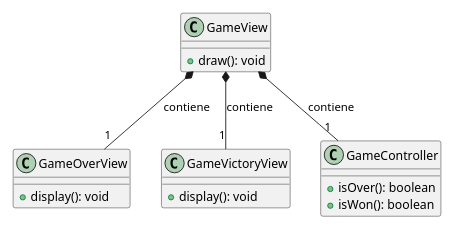
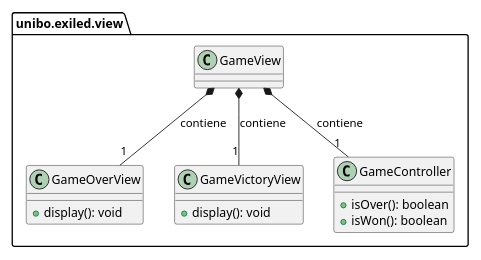
One commit to unibo-oop-projects/OOP23-Baldoni-Beylax-Casadei-MarcoMagnani03-Pazzaglia-exiled changed the diagram in docs/victory_gameover/the-exiled-victory_gameover-uml.puml. Above: the diagram before and after it, drawn with PlantUML. The commit also changed 4 other files, not shown here.

```diff
--- a/docs/victory_gameover/the-exiled-victory_gameover-uml.puml
+++ b/docs/victory_gameover/the-exiled-victory_gameover-uml.puml
@@ -1,25 +1,29 @@
 @startuml
 scale 0.7
-class GameView {
-  + draw(): void
-}
+set separator none
+package unibo.exiled.view
+{
+  class GameView {
+    
+  }
+  
+  class GameOverView {
+    + display(): void
+  }
+  
+  class GameVictoryView {
+    + display(): void
+  }
+  
+  
+  class GameController {
+    + isOver(): boolean
+    + isWon(): boolean
+  }
 
-class GameOverView {
-  + display(): void
-}
-
-class GameVictoryView {
-  + display(): void
-}
-
-
-class GameController {
-  + isOver(): boolean
-  + isWon(): boolean
 }
 
 GameView *-- "1" GameOverView : contiene
 GameView *-- "1" GameVictoryView : contiene
 GameView *-- "1" GameController : contiene
-
 @enduml
```
